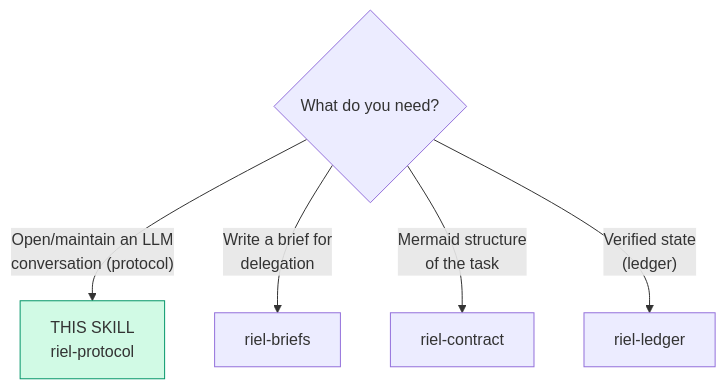
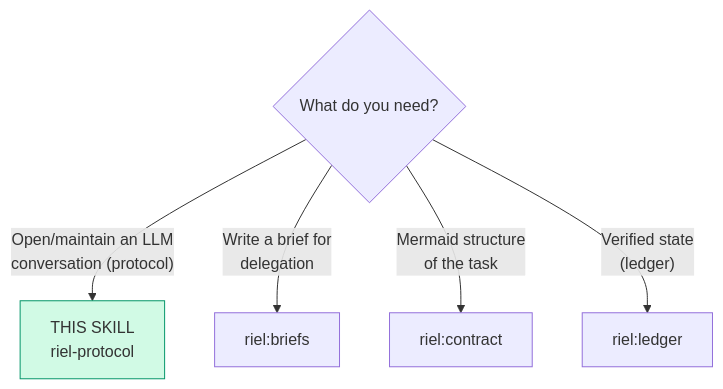
Before and after one commit to alvarolizama/riel: the diagram in skills/riel-protocol/SKILL.md, drawn with Mermaid. The commit also changed other lines of this file and 8 other files, not shown here.

````diff
--- a/skills/riel-protocol/SKILL.md
+++ b/skills/riel-protocol/SKILL.md
@@ -24,9 +24,9 @@
 ```mermaid
 flowchart TD
   Q{What do you need?} -->|"Open/maintain an LLM\nconversation (protocol)"| SELF["THIS SKILL\nriel-protocol"]
-  Q -->|"Write a brief for\ndelegation"| RB[riel-briefs]
-  Q -->|"Mermaid structure\nof the task"| RC[riel-contract]
-  Q -->|"Verified state\n(ledger)"| RL[riel-ledger]
+  Q -->|"Write a brief for\ndelegation"| RB[riel:briefs]
+  Q -->|"Mermaid structure\nof the task"| RC[riel:contract]
+  Q -->|"Verified state\n(ledger)"| RL[riel:ledger]
 
   style SELF fill:#d1fae5,stroke:#059669
 ```
````
